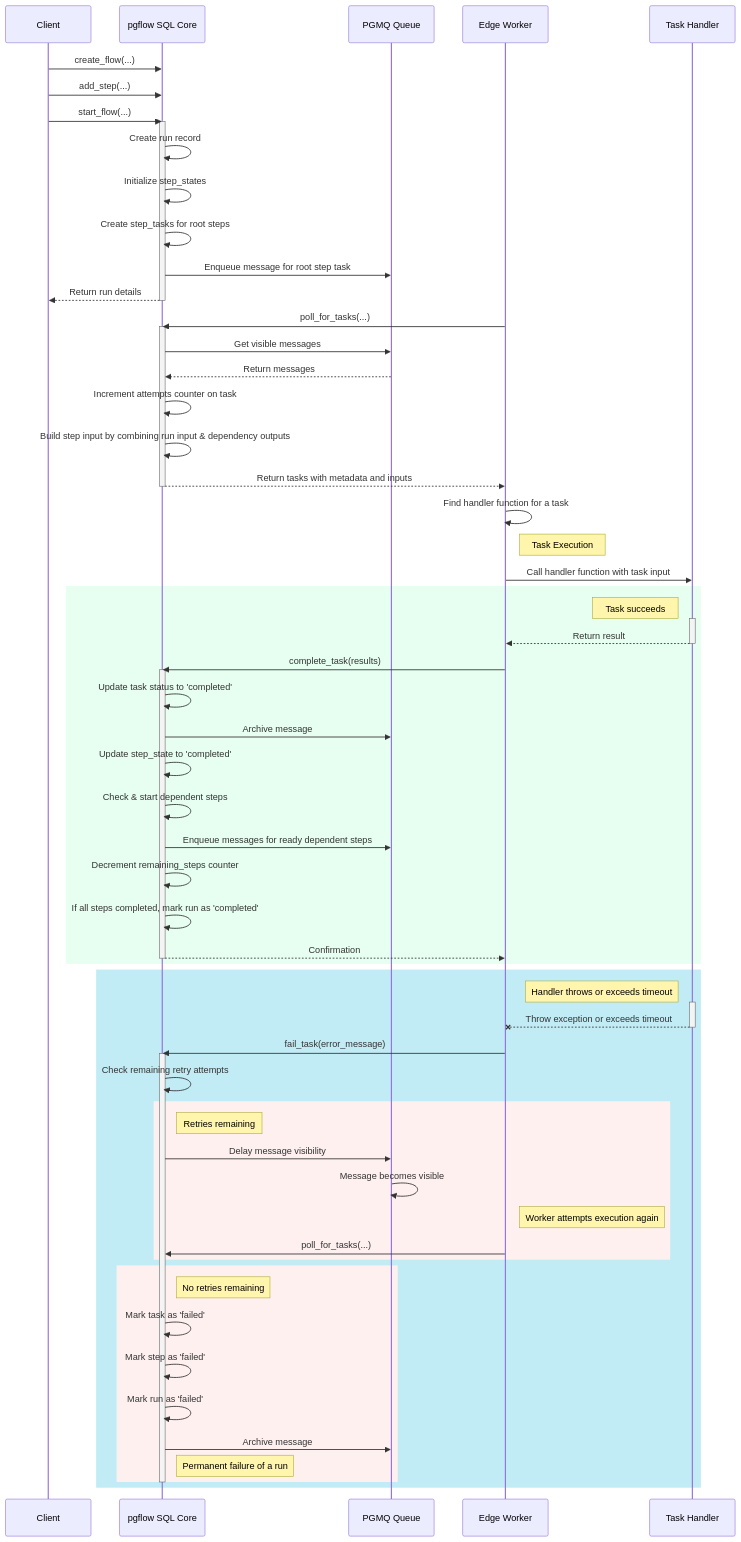
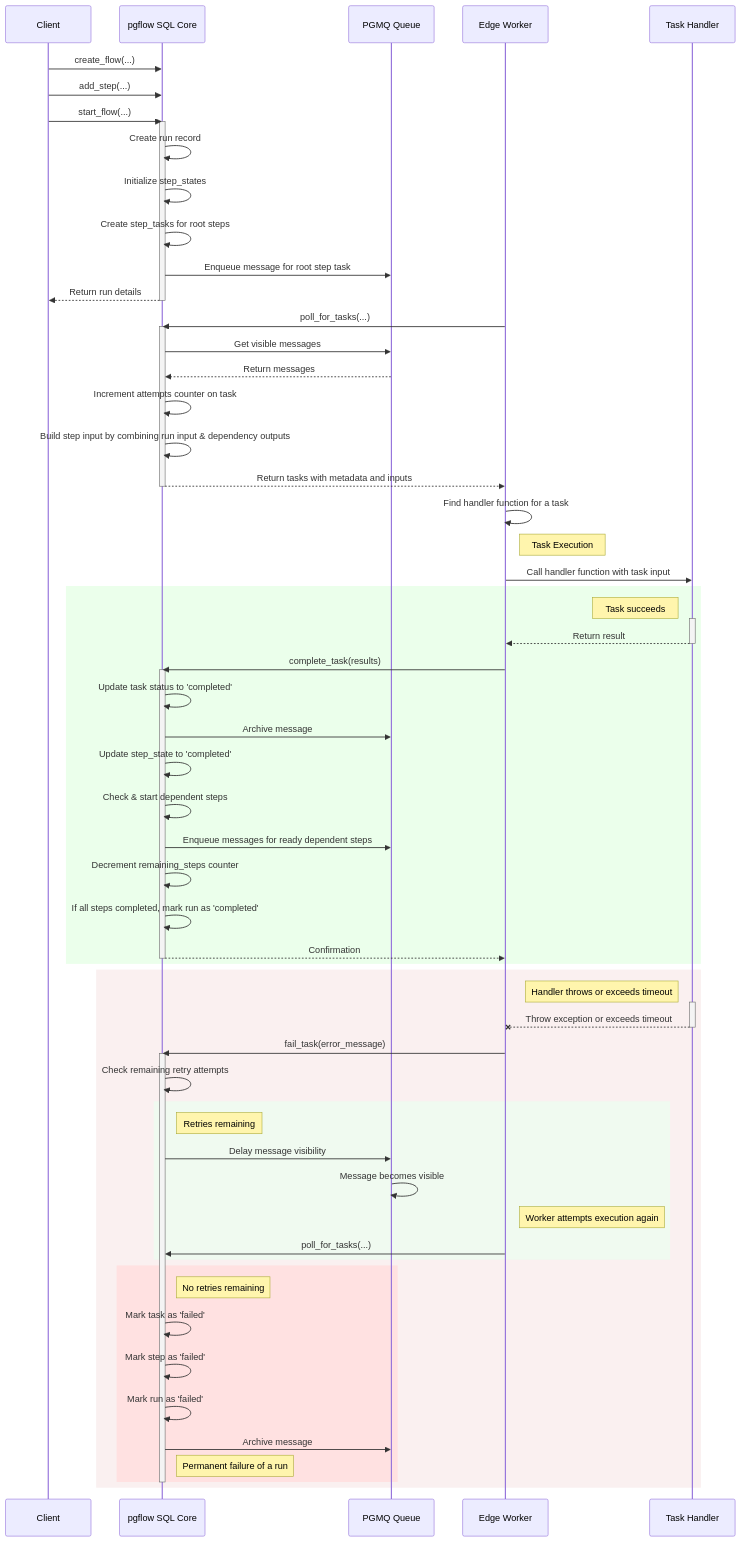
One commit to pgflow-dev/pgflow changed the diagram in pkgs/core/example-flow.mermaid. Above: the diagram before and after it, drawn with Mermaid. The commit also changed 1 other file, not shown here.

Commit message:
docs(diagram): Update flow visualization colors and styling
Adjust color schemes in mermaid and SVG sequence diagrams to improve visual clarity and contrast
for different task states

```diff
--- a/pkgs/core/example-flow.mermaid
+++ b/pkgs/core/example-flow.mermaid
@@ -1,83 +1,83 @@
 sequenceDiagram
     participant Client
     participant pgflow as pgflow SQL Core
     participant PGMQ as PGMQ Queue
     participant Worker as Edge Worker
     participant Handler as Task Handler
 
     Client->>pgflow: create_flow(...)
     Client->>pgflow: add_step(...)
     Client->>pgflow: start_flow(...)
 
     activate pgflow
     pgflow->>pgflow: Create run record
     pgflow->>pgflow: Initialize step_states
     pgflow->>pgflow: Create step_tasks for root steps
     pgflow->>PGMQ: Enqueue message for root step task
     pgflow-->>Client: Return run details
     deactivate pgflow
 
     Worker->>pgflow: poll_for_tasks(...)
 
     activate pgflow
     pgflow->>PGMQ: Get visible messages
     PGMQ-->>pgflow: Return messages
     pgflow->>pgflow: Increment attempts counter on task
     pgflow->>pgflow: Build step input by combining run input & dependency outputs
     pgflow-->>Worker: Return tasks with metadata and inputs
     deactivate pgflow
 
     Worker->>Worker: Find handler function for a task
 
     note right of Worker: Task Execution
 
     Worker->>Handler: Call handler function with task input
 
-    rect rgb(230, 255, 240)
+    rect rgb(235, 255, 235)
       note left of Handler: Task succeeds
       activate Handler
       Handler-->>Worker: Return result
       deactivate Handler
 
       Worker->>pgflow: complete_task(results)
 
       activate pgflow
       pgflow->>pgflow: Update task status to 'completed'
       pgflow->>PGMQ: Archive message
       pgflow->>pgflow: Update step_state to 'completed'
       pgflow->>pgflow: Check & start dependent steps
       pgflow->>PGMQ: Enqueue messages for ready dependent steps
       pgflow->>pgflow: Decrement remaining_steps counter
       pgflow->>pgflow: If all steps completed, mark run as 'completed'
       pgflow-->>Worker: Confirmation
       deactivate pgflow
     end
 
-    rect rgb(193, 236, 245)
+    rect rgb(250, 240, 240)
       note left of Handler: Handler throws or exceeds timeout
 
       activate Handler
       Handler--xWorker: Throw exception or exceeds timeout
       deactivate Handler
       Worker->>pgflow: fail_task(error_message)
 
       activate pgflow
       pgflow->>pgflow: Check remaining retry attempts
 
-      rect rgb(255, 240, 240)
+      rect rgb(240, 250, 240)
         note right of pgflow: Retries remaining
         pgflow->>PGMQ: Delay message visibility
         PGMQ->>PGMQ: Message becomes visible
         note right of Worker: Worker attempts execution again
         Worker->>pgflow: poll_for_tasks(...)
       end
-      rect rgb(255, 240, 240)
-        note right of pgflow: No retries remaining 
+      rect rgb(255, 225, 225)
+        note right of pgflow: No retries remaining
         pgflow->>pgflow: Mark task as 'failed'
         pgflow->>pgflow: Mark step as 'failed'
         pgflow->>pgflow: Mark run as 'failed'
         pgflow->>PGMQ: Archive message
         note right of pgflow: Permanent failure of a run
       end
       deactivate pgflow
     end
```
